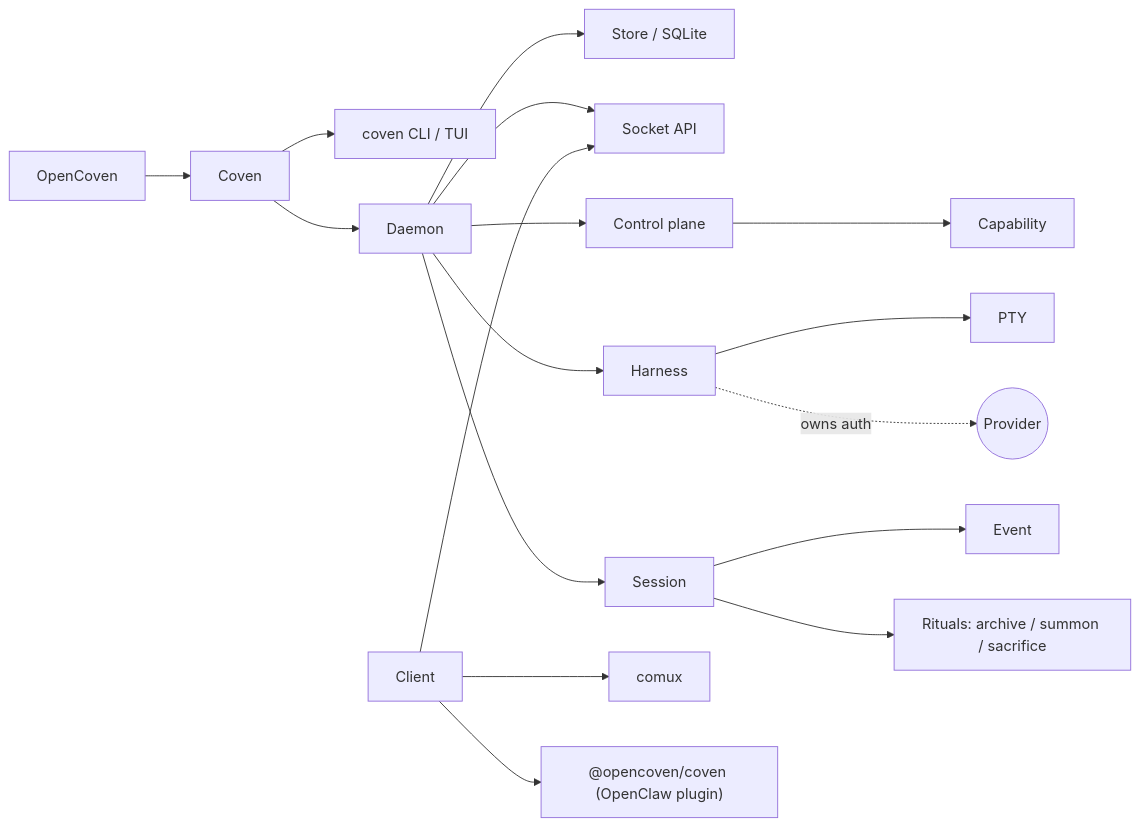
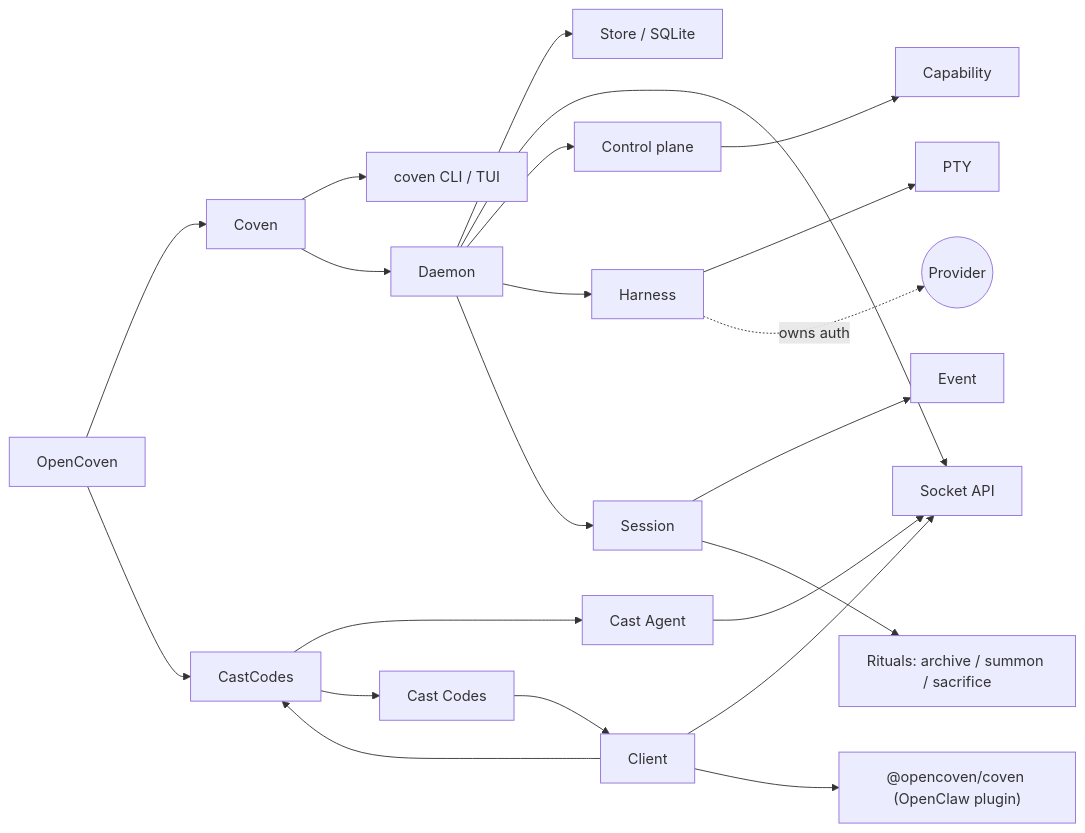
Before and after one commit to OpenCoven/coven-docs: the diagram in content/docs/reference/glossary.mdx, drawn with Mermaid. The commit also changed other lines of this file and 19 other files, not shown here.

Commit message:
docs: align docs around CastCodes architecture

````diff
--- a/content/docs/reference/glossary.mdx
+++ b/content/docs/reference/glossary.mdx
@@ -17,19 +17,24 @@
 ```mermaid
 flowchart LR
   OpenCoven[OpenCoven] --> Coven[Coven]
+  OpenCoven --> CastCodes[CastCodes]
+  CastCodes --> CastAgent[Cast Agent]
+  CastCodes --> CastCode[Cast Codes]
   Coven --> CLI[coven CLI / TUI]
   Coven --> Daemon[Daemon]
   Daemon --> Store[Store / SQLite]
   Daemon --> SocketAPI[Socket API]
   Daemon --> ControlPlane[Control plane]
   ControlPlane --> Capability[Capability]
   Daemon --> Harness[Harness]
   Harness --> PTY[PTY]
   Harness -.->|owns auth| Provider((Provider))
   Daemon --> Session[Session]
   Session --> Event[Event]
   Session --> Ritual[Rituals: archive / summon / sacrifice]
   Client[Client] --> SocketAPI
-  Client --> Comux[comux]
+  Client --> CastCodes
+  CastAgent --> SocketAPI
+  CastCode --> Client
   Client --> Plugin["@opencoven/coven (OpenClaw plugin)"]
 ```
````
